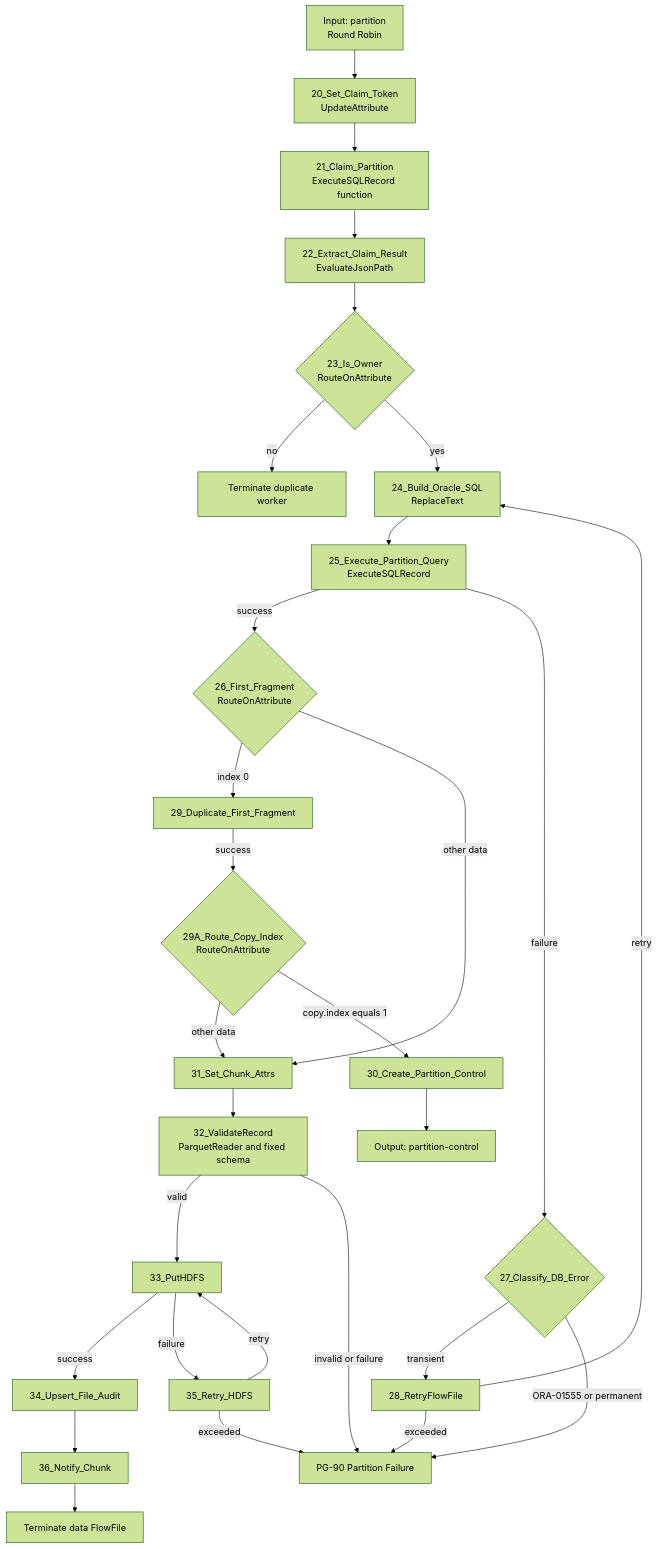
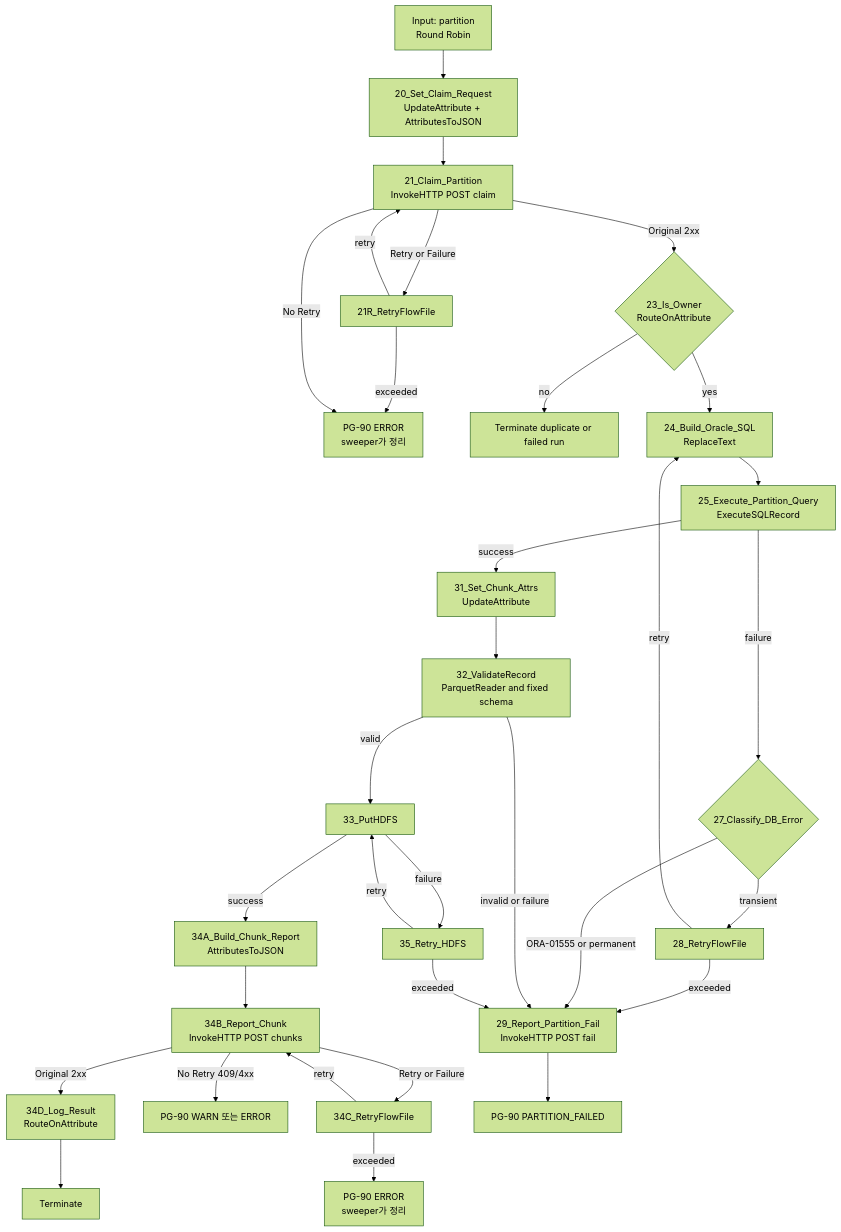
One commit to DataDynamics/nifi-sqoop-removal changed the sixth of 13 diagrams in nifi-sqoop-removal-guide.md. Above: the diagram before and after it, drawn with Mermaid (forest theme). The commit also changed other lines of this file and 3 other files, not shown here.

````diff
--- a/nifi-sqoop-removal-guide.md
+++ b/nifi-sqoop-removal-guide.md
@@ -856,32 +932,34 @@
 ```mermaid
 flowchart TD
-    I[Input: partition<br/>Round Robin] --> A[20_Set_Claim_Token<br/>UpdateAttribute]
-    A --> B[21_Claim_Partition<br/>ExecuteSQLRecord function]
-    B --> C[22_Extract_Claim_Result<br/>EvaluateJsonPath]
-    C --> D{23_Is_Owner<br/>RouteOnAttribute}
-    D -->|no| DROP[Terminate duplicate worker]
+    I[Input: partition<br/>Round Robin] --> A[20_Set_Claim_Request<br/>UpdateAttribute + AttributesToJSON]
+    A --> B[21_Claim_Partition<br/>InvokeHTTP POST claim]
+    B -->|Retry or Failure| BR[21R_RetryFlowFile]
+    BR -->|retry| B
+    BR -->|exceeded| EV0[PG-90 ERROR<br/>sweeper가 정리]
+    B -->|No Retry| EV0
+    B -->|Original 2xx| D{23_Is_Owner<br/>RouteOnAttribute}
+    D -->|no| DROP[Terminate duplicate or failed run]
     D -->|yes| E[24_Build_Oracle_SQL<br/>ReplaceText]
     E --> F[25_Execute_Partition_Query<br/>ExecuteSQLRecord]
-    F -->|success| G{26_First_Fragment<br/>RouteOnAttribute}
     F -->|failure| ER{27_Classify_DB_Error}
     ER -->|transient| RETRY[28_RetryFlowFile]
     RETRY -->|retry| E
-    RETRY -->|exceeded| FAIL[PG-90 Partition Failure]
+    RETRY -->|exceeded| FAIL[29_Report_Partition_Fail<br/>InvokeHTTP POST fail]
     ER -->|ORA-01555 or permanent| FAIL
-
-    G -->|index 0| DUP[29_Duplicate_First_Fragment]
-    DUP -->|success| CI{29A_Route_Copy_Index<br/>RouteOnAttribute}
-    CI -->|other data| U[31_Set_Chunk_Attrs]
-    CI -->|copy.index equals 1| CTRL[30_Create_Partition_Control]
-    G -->|other data| U
+    F -->|success| U[31_Set_Chunk_Attrs<br/>UpdateAttribute]
     U --> VAL[32_ValidateRecord<br/>ParquetReader and fixed schema]
     VAL -->|valid| H[33_PutHDFS]
     VAL -->|invalid or failure| FAIL
-    H -->|success| AUD[34_Upsert_File_Audit]
     H -->|failure| HR[35_Retry_HDFS]
     HR -->|retry| H
     HR -->|exceeded| FAIL
-    AUD --> N[36_Notify_Chunk]
-    N --> TERM[Terminate data FlowFile]
-    CTRL --> O[Output: partition-control]
+    H -->|success| J[34A_Build_Chunk_Report<br/>AttributesToJSON]
+    J --> R[34B_Report_Chunk<br/>InvokeHTTP POST chunks]
+    R -->|Original 2xx| LOG[34D_Log_Result<br/>RouteOnAttribute]
+    LOG --> TERM[Terminate]
+    R -->|No Retry 409/4xx| EV1[PG-90 WARN 또는 ERROR]
+    R -->|Retry or Failure| RR[34C_RetryFlowFile]
+    RR -->|retry| R
+    RR -->|exceeded| EV2[PG-90 ERROR<br/>sweeper가 정리]
+    FAIL --> EV3[PG-90 PARTITION_FAILED]
 ```
````
